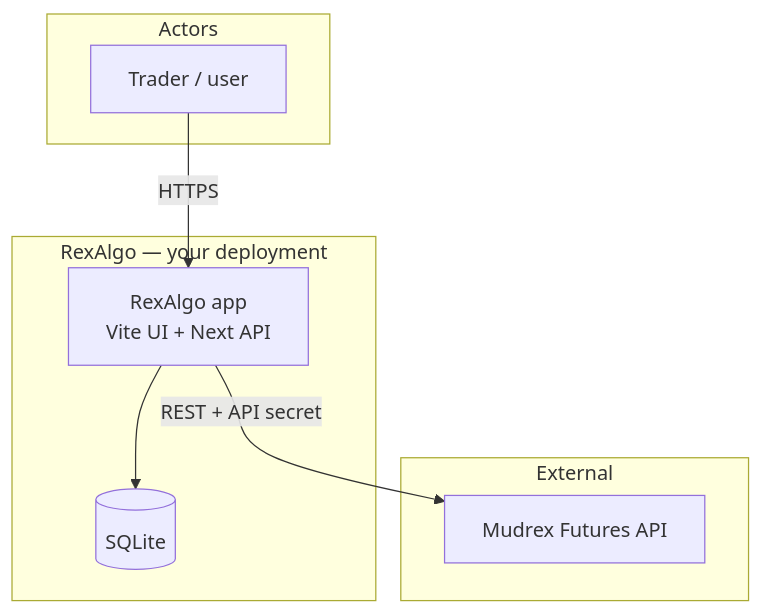
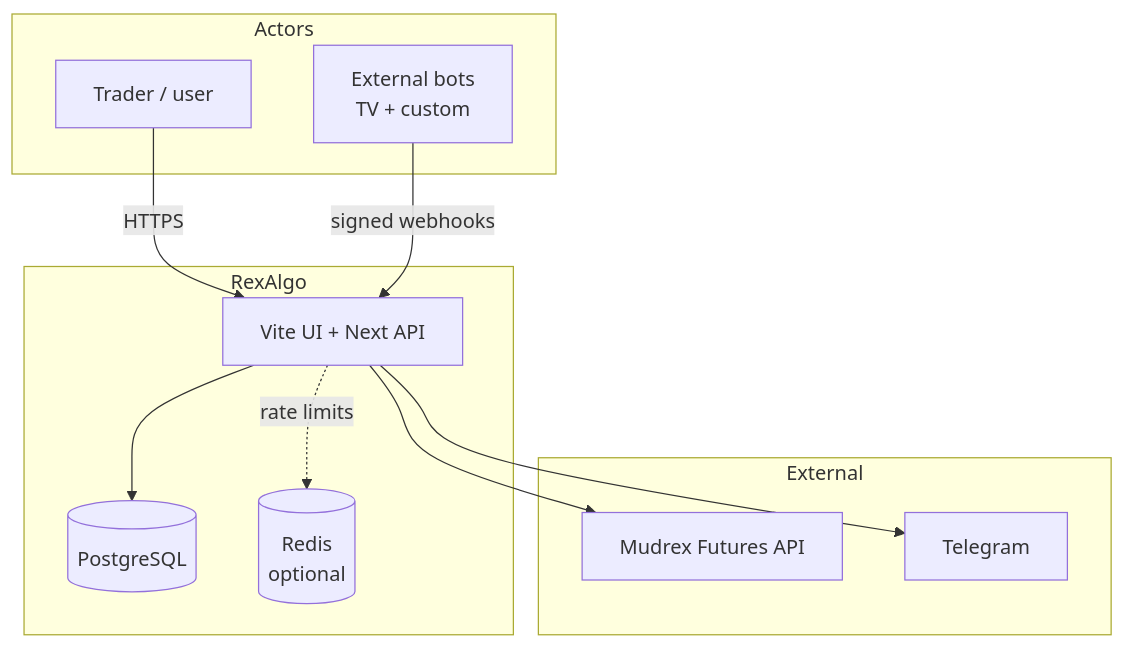
The fifth of 11 diagrams in README.md (DecentralizedJM/RexAlgo), drawn with Mermaid before and after one commit. The commit also changed other lines of this file and 2 other files, not shown here.

Commit message:
docs: refresh README with Postgres, Redis, auth, webhooks + Mermaid diagrams

````diff
--- a/README.md
+++ b/README.md
@@ -217,19 +311,22 @@
 ```mermaid
 flowchart TB
   subgraph actors [Actors]
     U[Trader / user]
+    B[External bots\nTV + custom]
   end
-
-  subgraph rexalgo [RexAlgo — your deployment]
-    APP[RexAlgo app\nVite UI + Next API]
-    DB[(SQLite)]
+  subgraph rexalgo [RexAlgo]
+    APP[Vite UI + Next API]
+    PG[(PostgreSQL)]
+    RD[(Redis\noptional)]
   end
-
   subgraph external [External]
     MR[Mudrex Futures API]
+    TG[Telegram]
   end
-
   U -->|HTTPS| APP
-  APP --> DB
-  APP -->|REST + API secret| MR
+  B -->|signed webhooks| APP
+  APP --> PG
+  APP -.->|rate limits| RD
+  APP --> MR
+  APP --> TG
 ```
````
